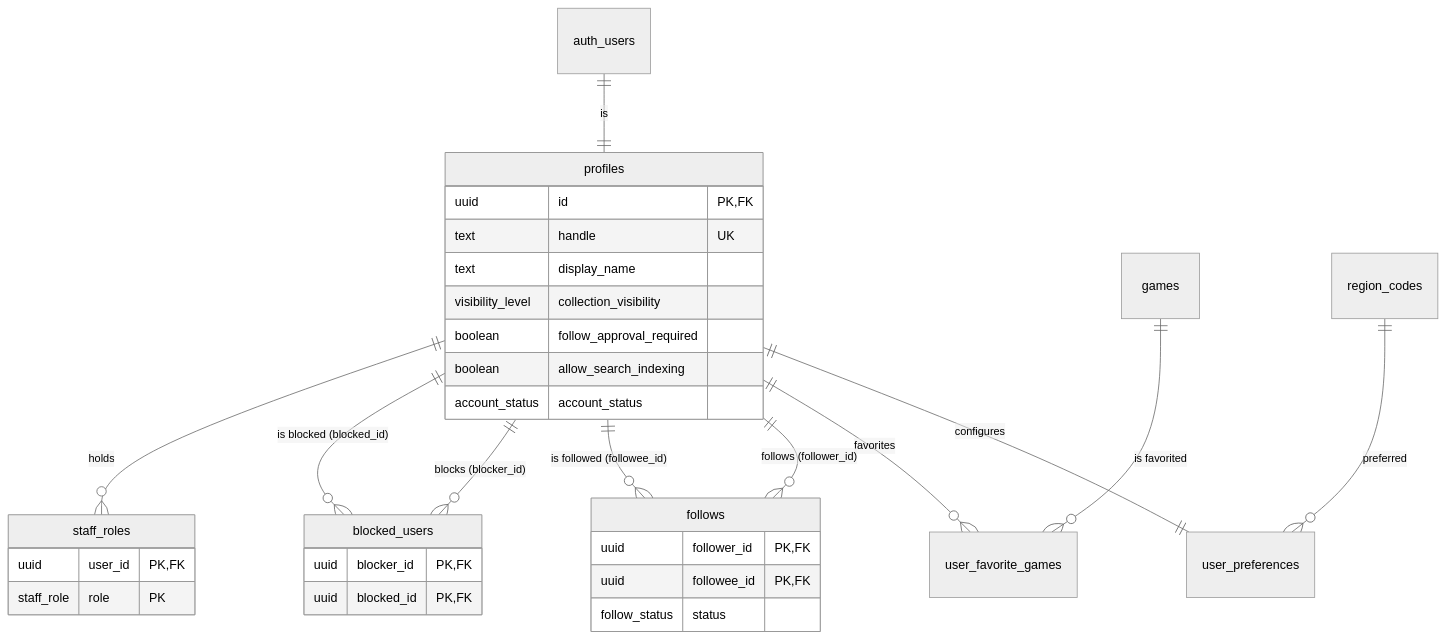
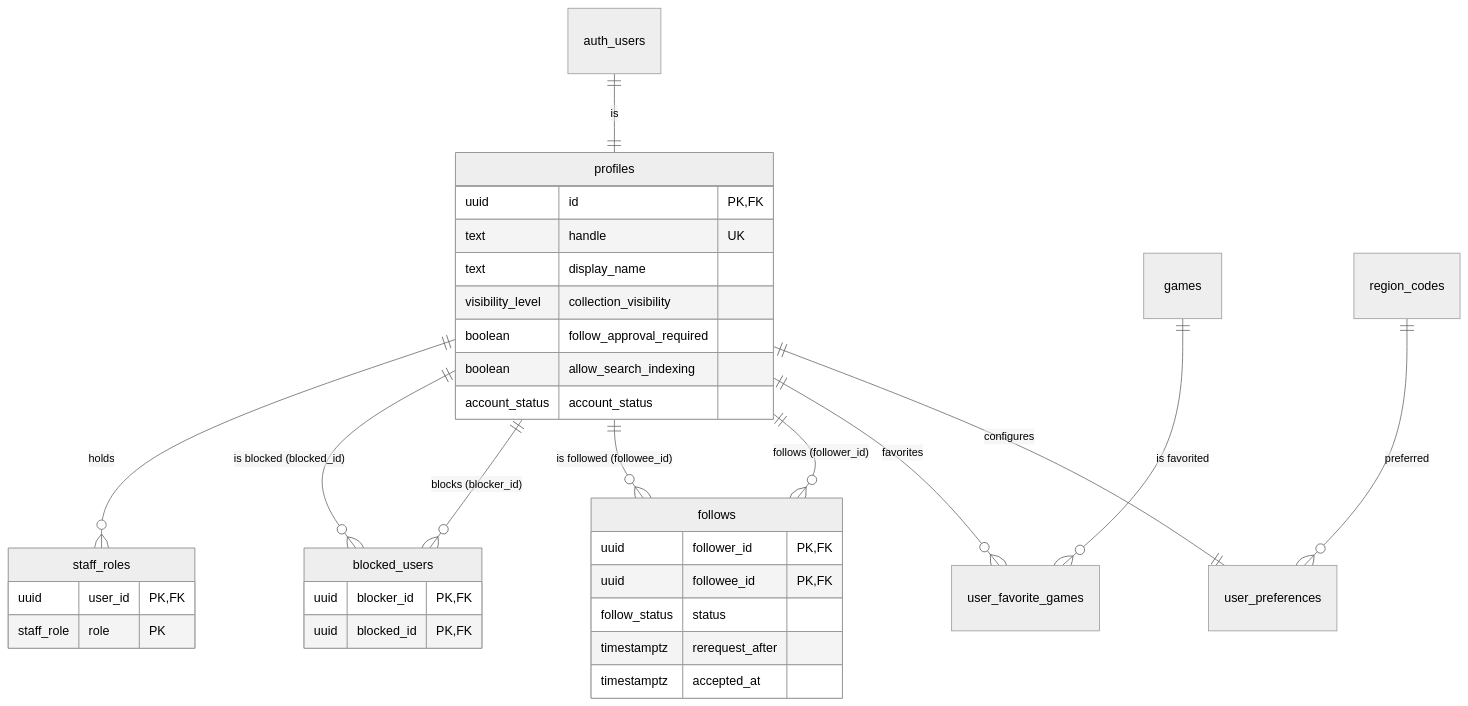
The fifth of 14 diagrams in docs/architecture/relationships.md (lesa0208/my-game-dex), drawn with Mermaid (neutral theme) before and after one commit. The commit also changed other lines of this file and 22 other files, not shown here.

````diff
--- a/docs/architecture/relationships.md
+++ b/docs/architecture/relationships.md
@@ -293,36 +293,38 @@
 ```mermaid
 erDiagram
   auth_users ||--|| profiles : "is"
   profiles ||--|| user_preferences : "configures"
   profiles ||--o{ user_favorite_games : "favorites"
   games ||--o{ user_favorite_games : "is favorited"
   profiles ||--o{ follows : "follows (follower_id)"
   profiles ||--o{ follows : "is followed (followee_id)"
   profiles ||--o{ blocked_users : "blocks (blocker_id)"
   profiles ||--o{ blocked_users : "is blocked (blocked_id)"
   profiles ||--o{ staff_roles : "holds"
   region_codes ||--o{ user_preferences : "preferred"
 
   profiles {
     uuid id PK,FK
     text handle UK
     text display_name
     visibility_level collection_visibility
     boolean follow_approval_required
     boolean allow_search_indexing
     account_status account_status
   }
   follows {
     uuid follower_id PK,FK
     uuid followee_id PK,FK
     follow_status status
+    timestamptz rerequest_after
+    timestamptz accepted_at
   }
   blocked_users {
     uuid blocker_id PK,FK
     uuid blocked_id PK,FK
   }
   staff_roles {
     uuid user_id PK,FK
     staff_role role PK
   }
 ```
````
